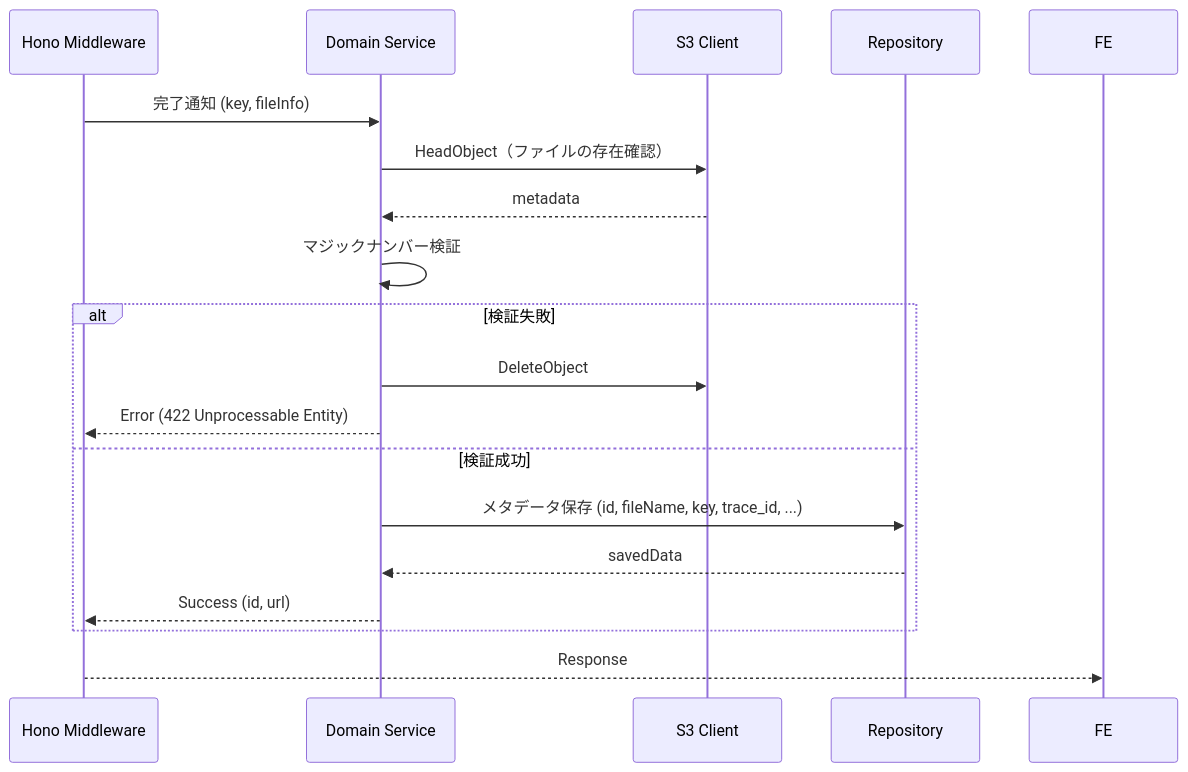
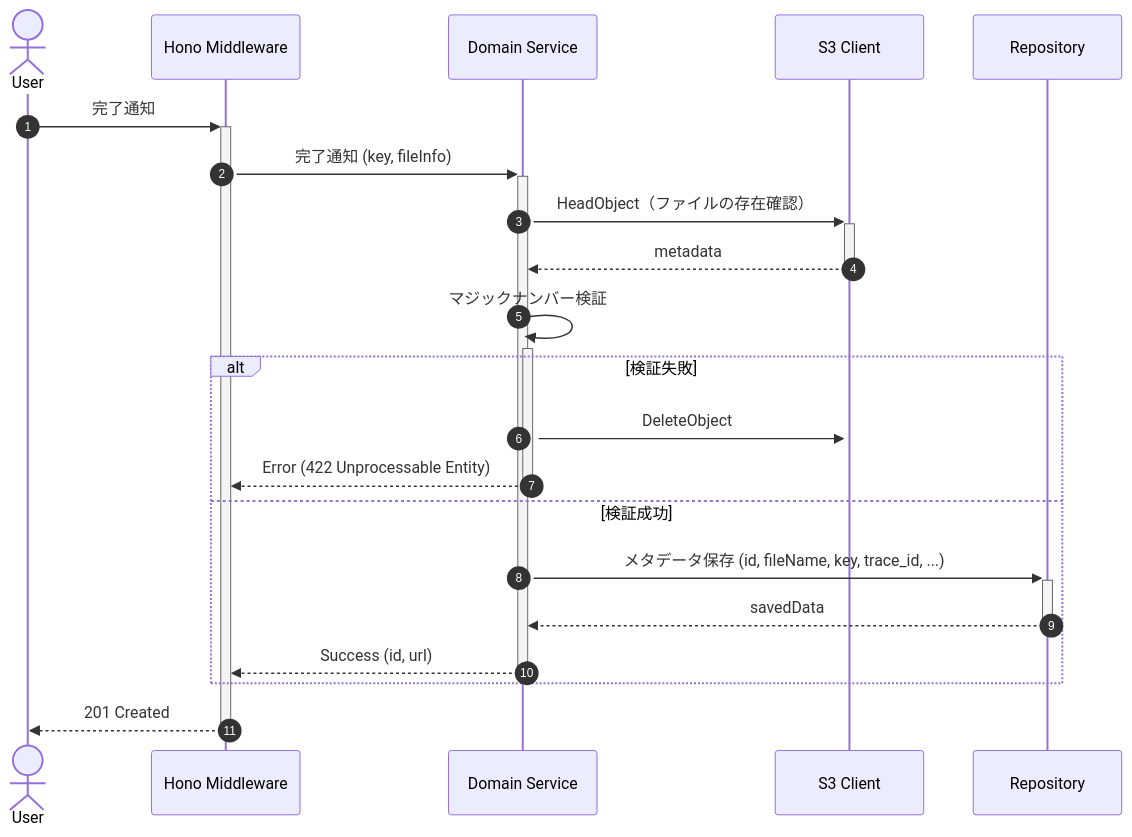
One commit to Hitamuki/spec-driven-development changed the diagram in specs/hugo/content/design/api/images/api002-upload.md. Above: the diagram before and after it, drawn with Mermaid. The commit also changed other lines of this file and 20 other files, not shown here.

````diff
--- a/specs/hugo/content/design/api/images/api002-upload.md
+++ b/specs/hugo/content/design/api/images/api002-upload.md
@@ -75,21 +85,24 @@
 ```mermaid
 sequenceDiagram
+    autonumber
+    actor User
     participant Hono as Hono Middleware
     participant Domain as Domain Service
     participant S3 as S3 Client
     participant DB as Repository
 
-    Hono->>Domain: 完了通知 (key, fileInfo)
-    Domain->>S3: HeadObject（ファイルの存在確認）
-    S3-->>Domain: metadata
-    Domain->>Domain: マジックナンバー検証
+    User->>+Hono: 完了通知
+    Hono->>+Domain: 完了通知 (key, fileInfo)
+    Domain->>+S3: HeadObject（ファイルの存在確認）
+    S3-->>-Domain: metadata
+    Domain->>+Domain: マジックナンバー検証
     alt 検証失敗
-        Domain->>S3: DeleteObject
-        Domain-->>Hono: Error (422 Unprocessable Entity)
+        Domain->>+S3: DeleteObject
+        Domain-->>-Hono: Error (422 Unprocessable Entity)
     else 検証成功
-        Domain->>DB: メタデータ保存 (id, fileName, key, trace_id, ...)
-        DB-->>Domain: savedData
-        Domain-->>Hono: Success (id, url)
+        Domain->>+DB: メタデータ保存 (id, fileName, key, trace_id, ...)
+        DB-->>-Domain: savedData
+        Domain-->>-Hono: Success (id, url)
     end
-    Hono-->>FE: Response
+    Hono-->>-User: 201 Created
 ```
````
